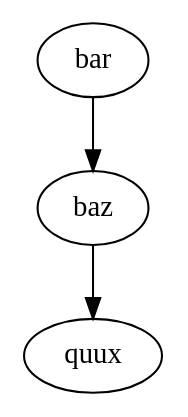
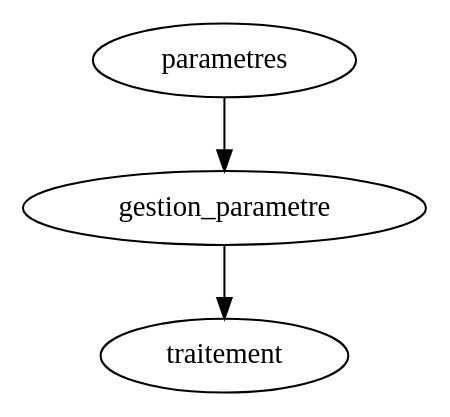
Before and after one commit to bruschin/Outils: the diagram in docs/index.rst, drawn with Graphviz. The commit also changed other lines of this file and 6 other files, not shown here.

```diff
--- a/docs/index.rst
+++ b/docs/index.rst
@@ -18,3 +18,3 @@
 .. digraph:: foo
 
-    "bar" -> "baz" -> "quux";
+    "parametres" -> "gestion_parametre" -> "traitement";
```
